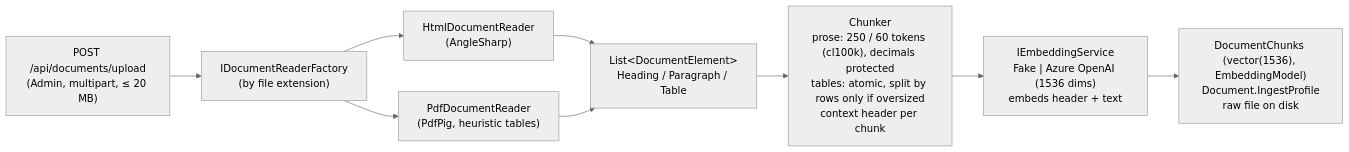
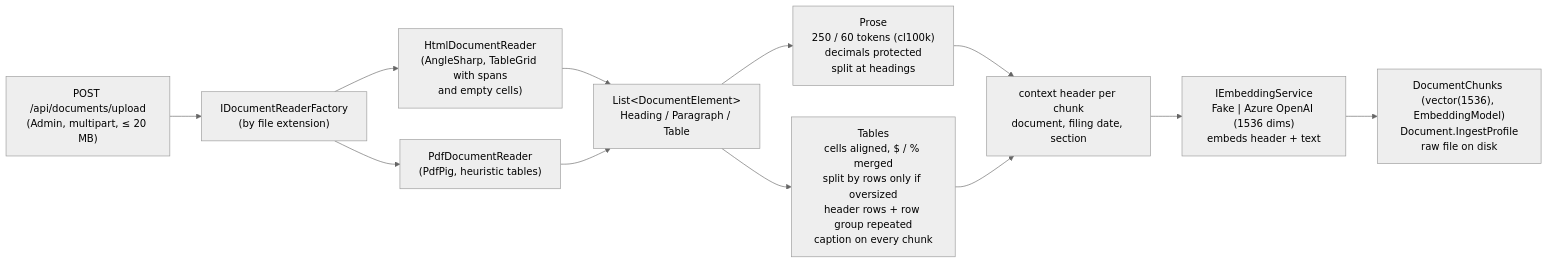
The third of 7 diagrams in README.md (DanielyanArtyom/dotnet-mcp-rag-server), drawn with Mermaid (neutral theme) before and after one commit. The commit also changed other lines of this file and 11 other files, not shown here.

````diff
--- a/README.md
+++ b/README.md
@@ -91,11 +98,14 @@
 ```mermaid
 flowchart LR
     Upload["POST /api/documents/upload<br/>(Admin, multipart, ≤ 20 MB)"] --> Factory["IDocumentReaderFactory<br/>(by file extension)"]
-    Factory --> Html["HtmlDocumentReader<br/>(AngleSharp)"]
+    Factory --> Html["HtmlDocumentReader<br/>(AngleSharp, TableGrid with spans<br/>and empty cells)"]
     Factory --> Pdf["PdfDocumentReader<br/>(PdfPig, heuristic tables)"]
     Html --> Elements["List&lt;DocumentElement&gt;<br/>Heading / Paragraph / Table"]
     Pdf --> Elements
-    Elements --> Chunker["Chunker<br/>prose: 250 / 60 tokens (cl100k), decimals protected<br/>tables: atomic, split by rows only if oversized<br/>context header per chunk"]
-    Chunker --> Embed["IEmbeddingService<br/>Fake | Azure OpenAI (1536 dims)<br/>embeds header + text"]
+    Elements --> Prose["Prose<br/>250 / 60 tokens (cl100k)<br/>decimals protected<br/>split at headings"]
+    Elements --> Tables["Tables<br/>cells aligned, $ / % merged<br/>split by rows only if oversized<br/>header rows + row group repeated<br/>caption on every chunk"]
+    Prose --> Header["context header per chunk<br/>document, filing date, section"]
+    Tables --> Header
+    Header --> Embed["IEmbeddingService<br/>Fake | Azure OpenAI (1536 dims)<br/>embeds header + text"]
     Embed --> Save["DocumentChunks (vector(1536), EmbeddingModel)<br/>Document.IngestProfile<br/>raw file on disk"]
 ```
````
